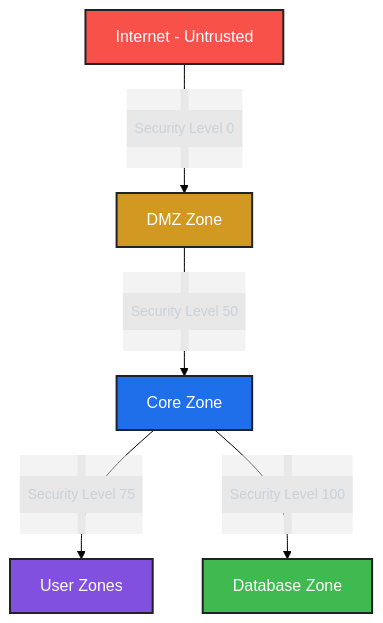
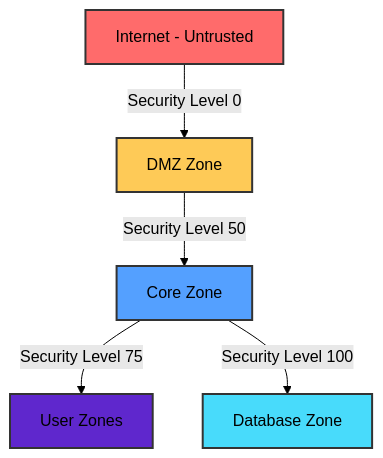
The diagram in network-security-config.md (JaelDS/Network-Design-Case-Study), drawn with Mermaid (forest theme) before and after one commit. The commit also changed other lines of this file, not shown here.

````diff
--- a/network-security-config.md
+++ b/network-security-config.md
@@ -178,16 +178,13 @@
 ```mermaid
 graph TD
     A[Internet - Untrusted] -->|Security Level 0| B[DMZ Zone]
     B -->|Security Level 50| C[Core Zone]
     C -->|Security Level 75| D[User Zones]
     C -->|Security Level 100| E[Database Zone]
     
-    style A fill:#f85149,stroke:#1f2328,stroke-width:2px,color:#ffffff
-    style B fill:#d29922,stroke:#1f2328,stroke-width:2px,color:#ffffff
-    style C fill:#1f6feb,stroke:#1f2328,stroke-width:2px,color:#ffffff
-    style D fill:#8250df,stroke:#1f2328,stroke-width:2px,color:#ffffff
-    style E fill:#3fb950,stroke:#1f2328,stroke-width:2px,color:#ffffff
-    
-    classDef default font-size:16px
-    classDef edgeLabel fill:#30363d,stroke:#444c56,stroke-width:1px,color:#c9d1d9,padding:8px,font-size:14px
+    style A fill:#ff6b6b,stroke:#333,stroke-width:2px
+    style B fill:#feca57,stroke:#333,stroke-width:2px
+    style C fill:#54a0ff,stroke:#333,stroke-width:2px
+    style D fill:#5f27cd,stroke:#333,stroke-width:2px
+    style E fill:#48dbfb,stroke:#333,stroke-width:2px
 ```
````
